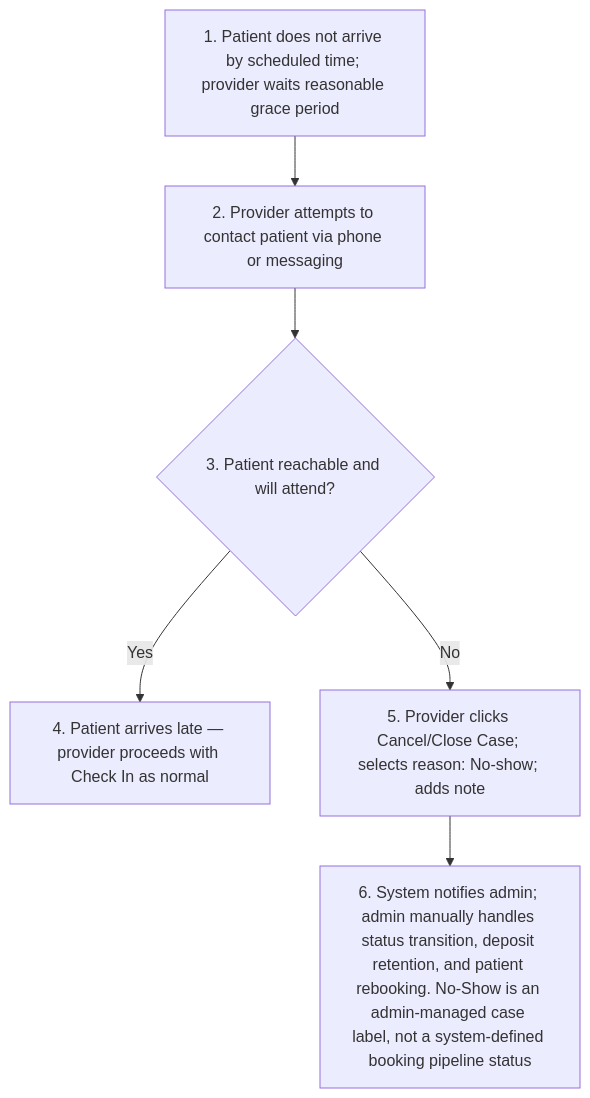
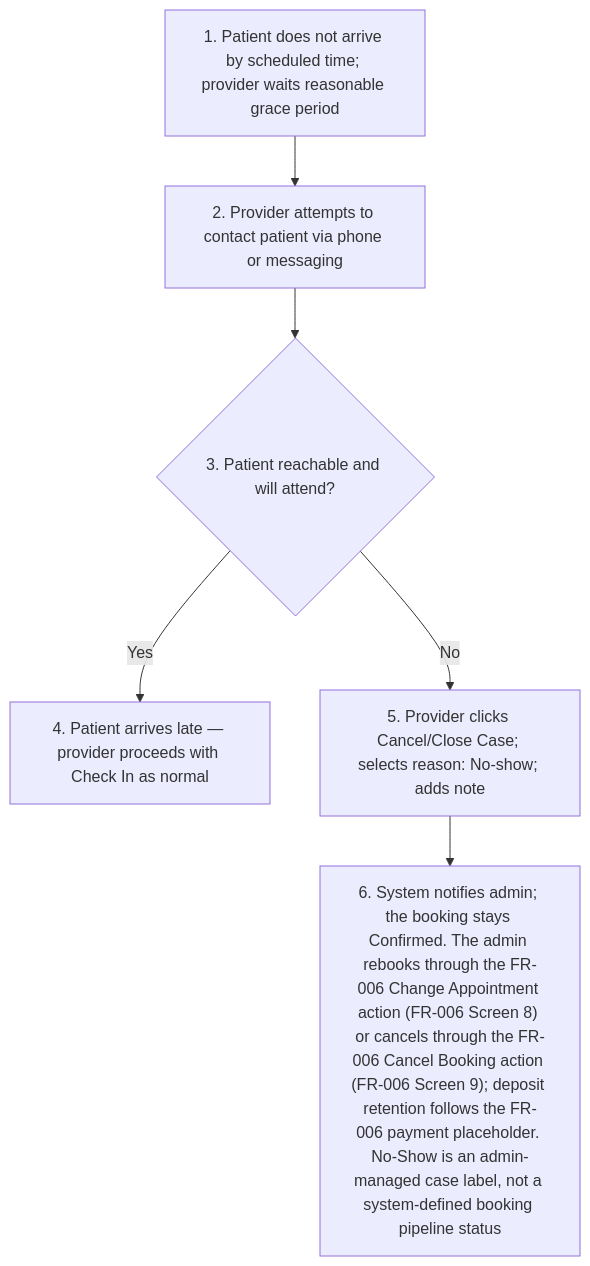
The fourth of 9 diagrams in project-requirements/functional-requirements/fr010-treatment-execution/prd.md (joachimtrungtuan/hairline-pm-docs), drawn with Mermaid before and after one commit. The commit also changed other lines of this file and 13 other files, not shown here.

First line of the commit message:
docs(booking): add admin intervention flows and screens across booking FRs

````diff
--- a/project-requirements/functional-requirements/fr010-treatment-execution/prd.md
+++ b/project-requirements/functional-requirements/fr010-treatment-execution/prd.md
@@ -170,9 +170,9 @@
 ```mermaid
 flowchart TD
   B1S1["1. Patient does not arrive by scheduled time; provider waits reasonable grace period"] --> B1S2
   B1S2["2. Provider attempts to contact patient via phone or messaging"] --> B1S3
   B1S3{"3. Patient reachable and will attend?"}
   B1S3 -- Yes --> B1S4["4. Patient arrives late — provider proceeds with Check In as normal"]
   B1S3 -- No --> B1S5["5. Provider clicks Cancel/Close Case; selects reason: No-show; adds note"]
-  B1S5 --> B1S6["6. System notifies admin; admin manually handles status transition, deposit retention, and patient rebooking. No-Show is an admin-managed case label, not a system-defined booking pipeline status"]
+  B1S5 --> B1S6["6. System notifies admin; the booking stays Confirmed. The admin rebooks through the FR-006 Change Appointment action (FR-006 Screen 8) or cancels through the FR-006 Cancel Booking action (FR-006 Screen 9); deposit retention follows the FR-006 payment placeholder. No-Show is an admin-managed case label, not a system-defined booking pipeline status"]
 ```
````
